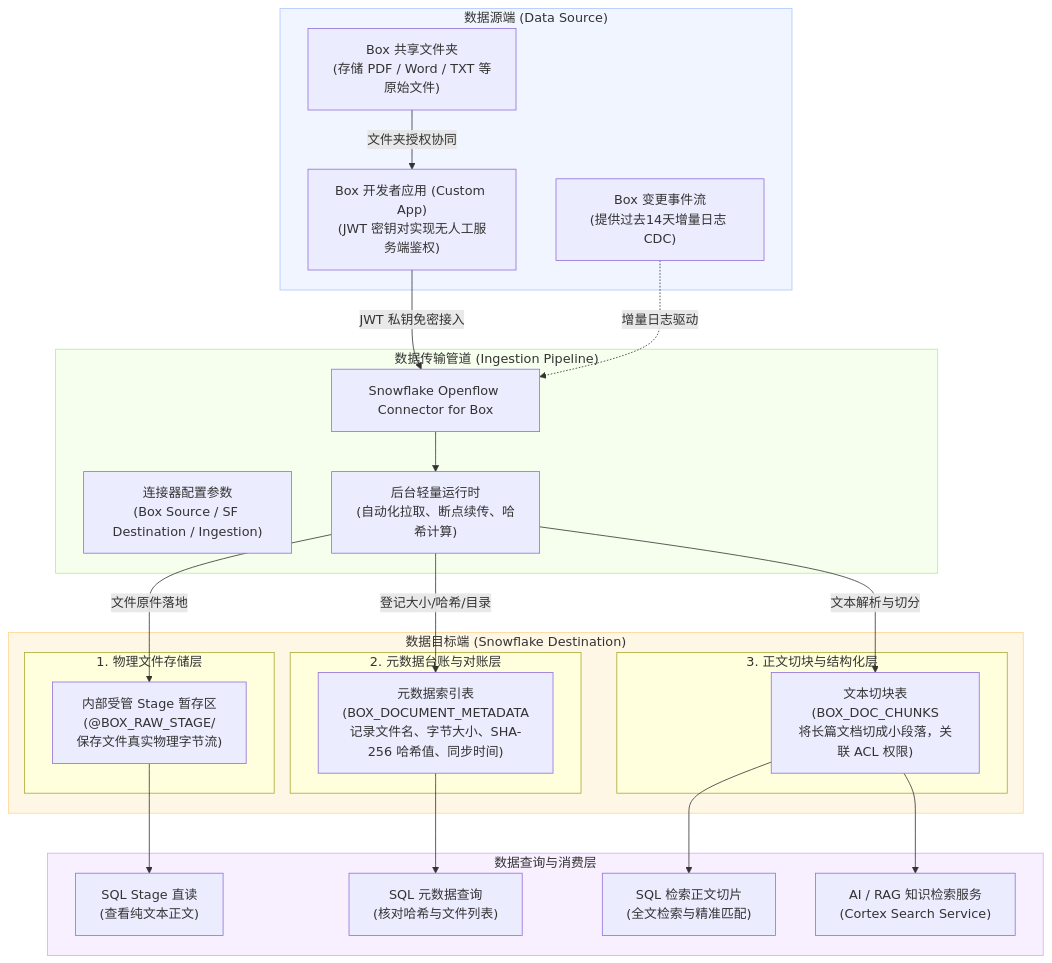
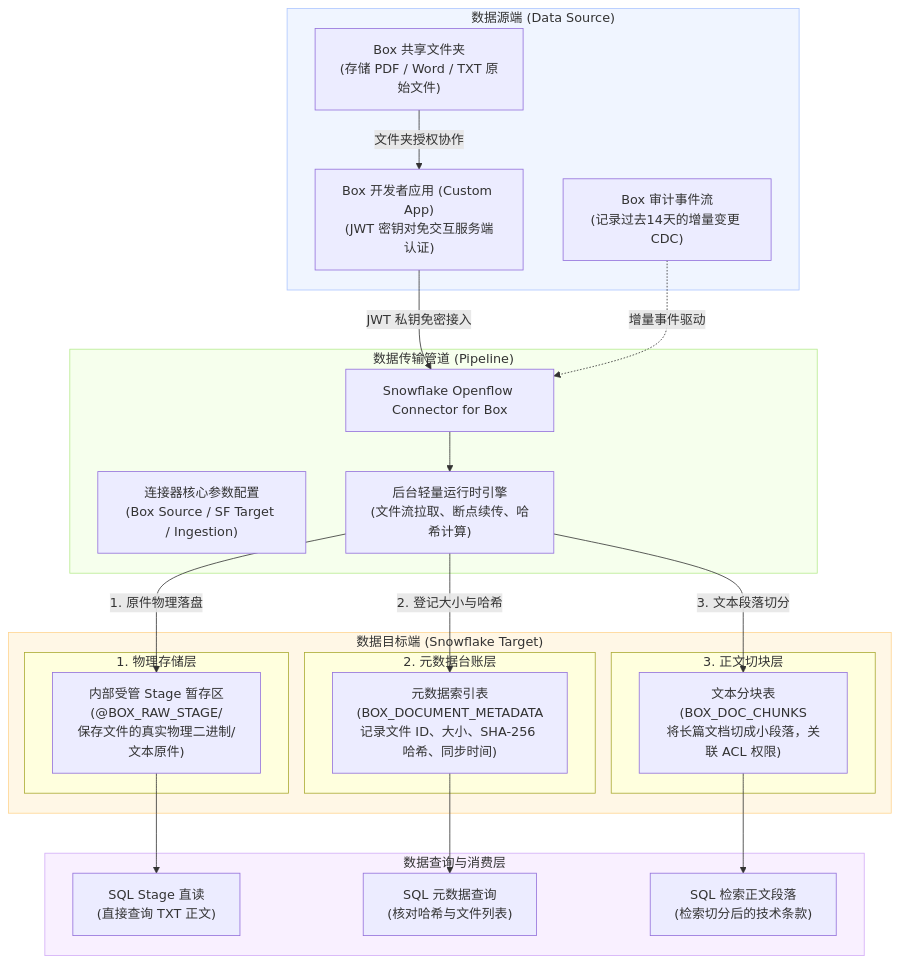
Before and after one commit to BIGMAX-RKO007/snowflakeblog: the diagram in docs/zh/07_openflow_box_integration.md, drawn with Mermaid. The commit also changed other lines of this file and 3 other files, not shown here.

````diff
--- a/docs/zh/07_openflow_box_integration.md
+++ b/docs/zh/07_openflow_box_integration.md
@@ -23,52 +53,50 @@
 ```mermaid
 flowchart TD
     subgraph Source["数据源端 (Data Source)"]
-        B1["Box 共享文件夹<br/>(存储 PDF / Word / TXT 等原始文件)"]
-        B2["Box 开发者应用 (Custom App)<br/>(JWT 密钥对实现无人工服务端鉴权)"]
-        B3["Box 变更事件流<br/>(提供过去14天增量日志 CDC)"]
+        B1["Box 共享文件夹<br/>(存储 PDF / Word / TXT 原始文件)"]
+        B2["Box 开发者应用 (Custom App)<br/>(JWT 密钥对免交互服务端认证)"]
+        B3["Box 审计事件流<br/>(记录过去14天的增量变更 CDC)"]
     end
 
-    subgraph Pipeline["数据传输管道 (Ingestion Pipeline)"]
+    subgraph Pipeline["数据传输管道 (Pipeline)"]
         O1["Snowflake Openflow Connector for Box"]
-        O2["连接器配置参数<br/>(Box Source / SF Destination / Ingestion)"]
-        O3["后台轻量运行时<br/>(自动化拉取、断点续传、哈希计算)"]
+        O2["连接器核心参数配置<br/>(Box Source / SF Target / Ingestion)"]
+        O3["后台轻量运行时引擎<br/>(文件流拉取、断点续传、哈希计算)"]
     end
 
-    subgraph Destination["数据目标端 (Snowflake Destination)"]
-        subgraph Physical["1. 物理文件存储层"]
-            S1["内部受管 Stage 暂存区<br/>(@BOX_RAW_STAGE/<br/>保存文件真实物理字节流)"]
+    subgraph Target["数据目标端 (Snowflake Target)"]
+        subgraph S_Stage["1. 物理存储层"]
+            T1["内部受管 Stage 暂存区<br/>(@BOX_RAW_STAGE/<br/>保存文件的真实物理二进制/文本原件)"]
         end
 
-        subgraph Metadata["2. 元数据台账与对账层"]
-            S2["元数据索引表<br/>(BOX_DOCUMENT_METADATA<br/>记录文件名、字节大小、SHA-256 哈希值、同步时间)"]
+        subgraph S_Meta["2. 元数据台账层"]
+            T2["元数据索引表<br/>(BOX_DOCUMENT_METADATA<br/>记录文件 ID、大小、SHA-256 哈希、同步时间)"]
         end
 
-        subgraph TextLayer["3. 正文切块与结构化层"]
-            S3["文本切块表<br/>(BOX_DOC_CHUNKS<br/>将长篇文档切成小段落，关联 ACL 权限)"]
+        subgraph S_Chunk["3. 正文切块层"]
+            T3["文本分块表<br/>(BOX_DOC_CHUNKS<br/>将长篇文档切成小段落，关联 ACL 权限)"]
         end
     end
 
     subgraph QueryLayer["数据查询与消费层"]
-        Q1["SQL Stage 直读<br/>(查看纯文本正文)"]
+        Q1["SQL Stage 直读<br/>(直接查询 TXT 正文)"]
         Q2["SQL 元数据查询<br/>(核对哈希与文件列表)"]
-        Q3["SQL 检索正文切片<br/>(全文检索与精准匹配)"]
-        Q4["AI / RAG 知识检索服务<br/>(Cortex Search Service)"]
+        Q3["SQL 检索正文段落<br/>(检索切分后的技术条款)"]
     end
 
-    B1 -->|文件夹授权协同| B2
+    B1 -->|文件夹授权协作| B2
     B2 -->|JWT 私钥免密接入| O1
-    B3 -.->|增量日志驱动| O1
+    B3 -.->|增量事件驱动| O1
     O1 --> O3
-    O3 -->|文件原件落地| S1
-    O3 -->|登记大小/哈希/目录| S2
-    O3 -->|文本解析与切分| S3
-    S1 --> Q1
-    S2 --> Q2
-    S3 --> Q3
-    S3 --> Q4
+    O3 -->|1. 原件物理落盘| T1
+    O3 -->|2. 登记大小与哈希| T2
+    O3 -->|3. 文本段落切分| T3
+    T1 --> Q1
+    T2 --> Q2
+    T3 --> Q3
 
     style Source fill:#f0f5ff,stroke:#adc6ff
     style Pipeline fill:#f6ffed,stroke:#b7eb8f
-    style Destination fill:#fff7e6,stroke:#ffd591
+    style Target fill:#fff7e6,stroke:#ffd591
     style QueryLayer fill:#f9f0ff,stroke:#d3adf7
 ```
````
